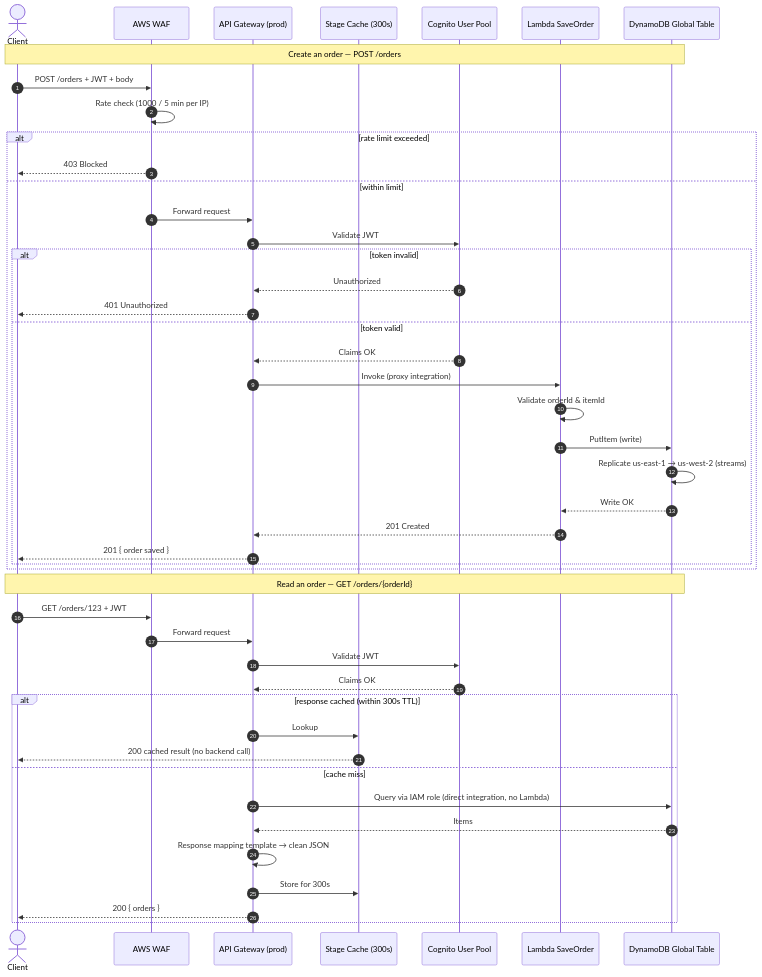
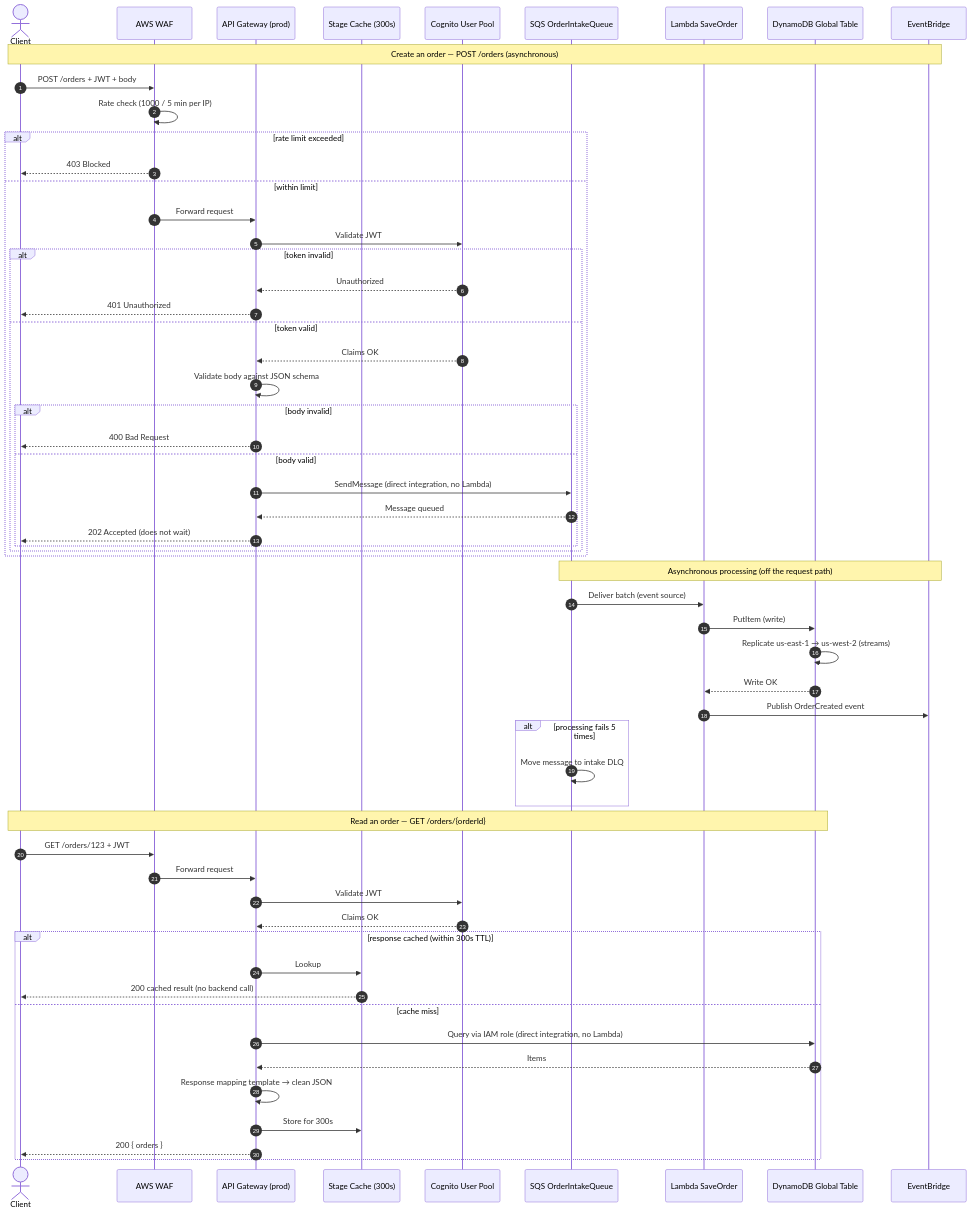
The diagram in docs/request-sequence.mmd (Govinder-1992/serverless-application), drawn with Mermaid before and after one commit. The commit also changed 1 other file, not shown here.

Commit message:
Update sequence diagram for async create flow (SQS intake + 202)

```diff
--- a/docs/request-sequence.mmd
+++ b/docs/request-sequence.mmd
@@ -1,50 +1,64 @@
 sequenceDiagram
     autonumber
     actor Client
     participant WAF as AWS WAF
     participant API as API Gateway (prod)
     participant Cache as Stage Cache (300s)
     participant Cognito as Cognito User Pool
+    participant SQS as SQS OrderIntakeQueue
     participant Lambda as Lambda SaveOrder
     participant DDB as DynamoDB Global Table
+    participant EB as EventBridge
 
-    Note over Client,DDB: Create an order — POST /orders
+    Note over Client,EB: Create an order — POST /orders (asynchronous)
 
     Client->>WAF: POST /orders + JWT + body
     WAF->>WAF: Rate check (1000 / 5 min per IP)
     alt rate limit exceeded
         WAF-->>Client: 403 Blocked
     else within limit
         WAF->>API: Forward request
         API->>Cognito: Validate JWT
         alt token invalid
             Cognito-->>API: Unauthorized
             API-->>Client: 401 Unauthorized
         else token valid
             Cognito-->>API: Claims OK
-            API->>Lambda: Invoke (proxy integration)
-            Lambda->>Lambda: Validate orderId & itemId
-            Lambda->>DDB: PutItem (write)
-            DDB->>DDB: Replicate us-east-1 → us-west-2 (streams)
-            DDB-->>Lambda: Write OK
-            Lambda-->>API: 201 Created
-            API-->>Client: 201 { order saved }
+            API->>API: Validate body against JSON schema
+            alt body invalid
+                API-->>Client: 400 Bad Request
+            else body valid
+                API->>SQS: SendMessage (direct integration, no Lambda)
+                SQS-->>API: Message queued
+                API-->>Client: 202 Accepted (does not wait)
+            end
         end
+    end
+
+    Note over SQS,EB: Asynchronous processing (off the request path)
+
+    SQS->>Lambda: Deliver batch (event source)
+    Lambda->>DDB: PutItem (write)
+    DDB->>DDB: Replicate us-east-1 → us-west-2 (streams)
+    DDB-->>Lambda: Write OK
+    Lambda->>EB: Publish OrderCreated event
+    alt processing fails 5 times
+        SQS->>SQS: Move message to intake DLQ
     end
 
     Note over Client,DDB: Read an order — GET /orders/{orderId}
 
     Client->>WAF: GET /orders/123 + JWT
     WAF->>API: Forward request
     API->>Cognito: Validate JWT
     Cognito-->>API: Claims OK
     alt response cached (within 300s TTL)
         API->>Cache: Lookup
         Cache-->>Client: 200 cached result (no backend call)
     else cache miss
         API->>DDB: Query via IAM role (direct integration, no Lambda)
         DDB-->>API: Items
         API->>API: Response mapping template → clean JSON
         API->>Cache: Store for 300s
         API-->>Client: 200 { orders }
     end
```
